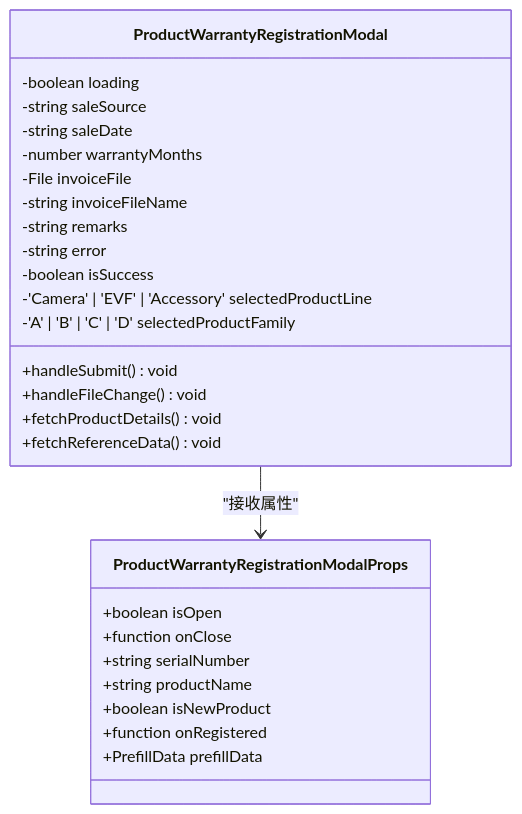
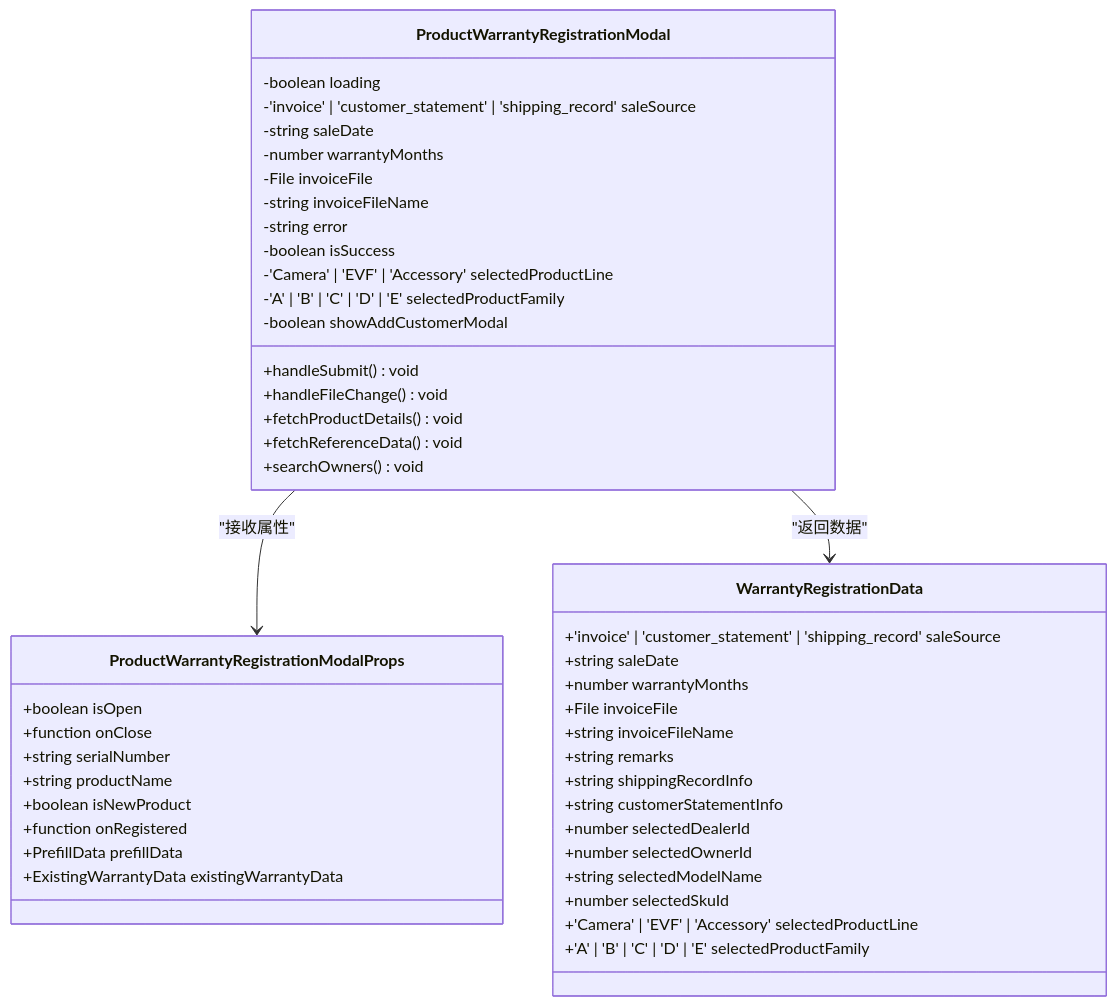
One commit to CubeEdge/Longhorn changed the second of 21 diagrams in .qoder/repowiki/zh/content/前端组件架构/保修注册模态框组件.md. Above: the diagram before and after it, drawn with Mermaid. The commit also changed other lines of this file and 53 other files, not shown here.

````diff
--- a/.qoder/repowiki/zh/content/前端组件架构/保修注册模态框组件.md
+++ b/.qoder/repowiki/zh/content/前端组件架构/保修注册模态框组件.md
@@ -105,30 +115,49 @@
 ```mermaid
 classDiagram
 class ProductWarrantyRegistrationModalProps {
 +boolean isOpen
 +function onClose
 +string serialNumber
 +string productName
 +boolean isNewProduct
 +function onRegistered
 +PrefillData prefillData
++ExistingWarrantyData existingWarrantyData
+}
+class WarrantyRegistrationData {
++'invoice' | 'customer_statement' | 'shipping_record' saleSource
++string saleDate
++number warrantyMonths
++File invoiceFile
++string invoiceFileName
++string remarks
++string shippingRecordInfo
++string customerStatementInfo
++number selectedDealerId
++number selectedOwnerId
++string selectedModelName
++number selectedSkuId
++'Camera' | 'EVF' | 'Accessory' selectedProductLine
++'A' | 'B' | 'C' | 'D' | 'E' selectedProductFamily
 }
 class ProductWarrantyRegistrationModal {
 -boolean loading
--string saleSource
+-'invoice' | 'customer_statement' | 'shipping_record' saleSource
 -string saleDate
 -number warrantyMonths
 -File invoiceFile
 -string invoiceFileName
--string remarks
 -string error
 -boolean isSuccess
 -'Camera' | 'EVF' | 'Accessory' selectedProductLine
--'A' | 'B' | 'C' | 'D' selectedProductFamily
+-'A' | 'B' | 'C' | 'D' | 'E' selectedProductFamily
+-boolean showAddCustomerModal
 +handleSubmit() void
 +handleFileChange() void
 +fetchProductDetails() void
 +fetchReferenceData() void
++searchOwners() void
 }
 ProductWarrantyRegistrationModal --> ProductWarrantyRegistrationModalProps : "接收属性"
+ProductWarrantyRegistrationModal --> WarrantyRegistrationData : "返回数据"
 ```
````
